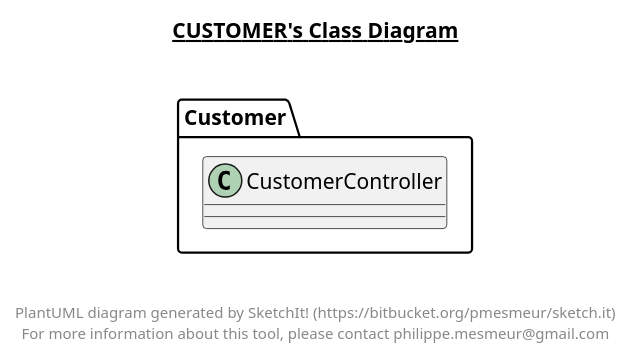
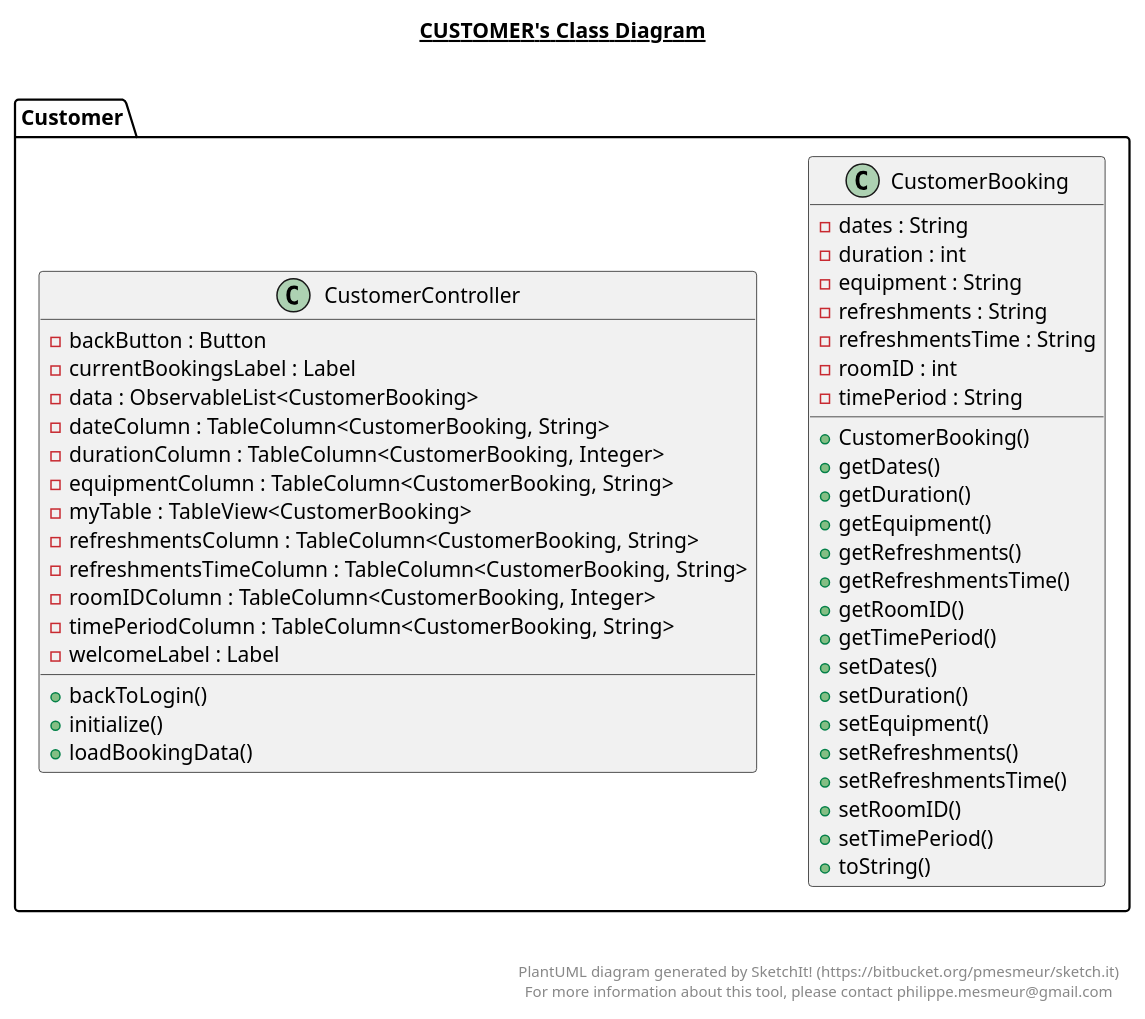
Before and after one commit to hegde-atri/meetingBooking: the diagram in src/Customer/Customer.plantuml, drawn with PlantUML. The commit also changed 9 other files, not shown here.

Commit message:
customer can now delete Bookings

```diff
--- a/src/Customer/Customer.plantuml
+++ b/src/Customer/Customer.plantuml
@@ -1,20 +1,64 @@
 @startuml
 
 title __CUSTOMER's Class Diagram__\n
 
   namespace Customer {
+    class Customer.CustomerBooking {
+        - dates : String
+        - duration : int
+        - equipment : String
+        - refreshments : String
+        - refreshmentsTime : String
+        - roomID : int
+        - timePeriod : String
+        + CustomerBooking()
+        + getDates()
+        + getDuration()
+        + getEquipment()
+        + getRefreshments()
+        + getRefreshmentsTime()
+        + getRoomID()
+        + getTimePeriod()
+        + setDates()
+        + setDuration()
+        + setEquipment()
+        + setRefreshments()
+        + setRefreshmentsTime()
+        + setRoomID()
+        + setTimePeriod()
+        + toString()
+    }
+  }
+  
+
+  namespace Customer {
     class Customer.CustomerController {
+        - backButton : Button
+        - currentBookingsLabel : Label
+        - data : ObservableList<CustomerBooking>
+        - dateColumn : TableColumn<CustomerBooking, String>
+        - durationColumn : TableColumn<CustomerBooking, Integer>
+        - equipmentColumn : TableColumn<CustomerBooking, String>
+        - myTable : TableView<CustomerBooking>
+        - refreshmentsColumn : TableColumn<CustomerBooking, String>
+        - refreshmentsTimeColumn : TableColumn<CustomerBooking, String>
+        - roomIDColumn : TableColumn<CustomerBooking, Integer>
+        - timePeriodColumn : TableColumn<CustomerBooking, String>
+        - welcomeLabel : Label
+        + backToLogin()
+        + initialize()
+        + loadBookingData()
     }
   }
   
 
 
 
 right footer
 
 
 PlantUML diagram generated by SketchIt! (https://bitbucket.org/pmesmeur/sketch.it)
 For more information about this tool, please contact philippe.mesmeur@gmail.com
 endfooter
 
 @enduml
```
